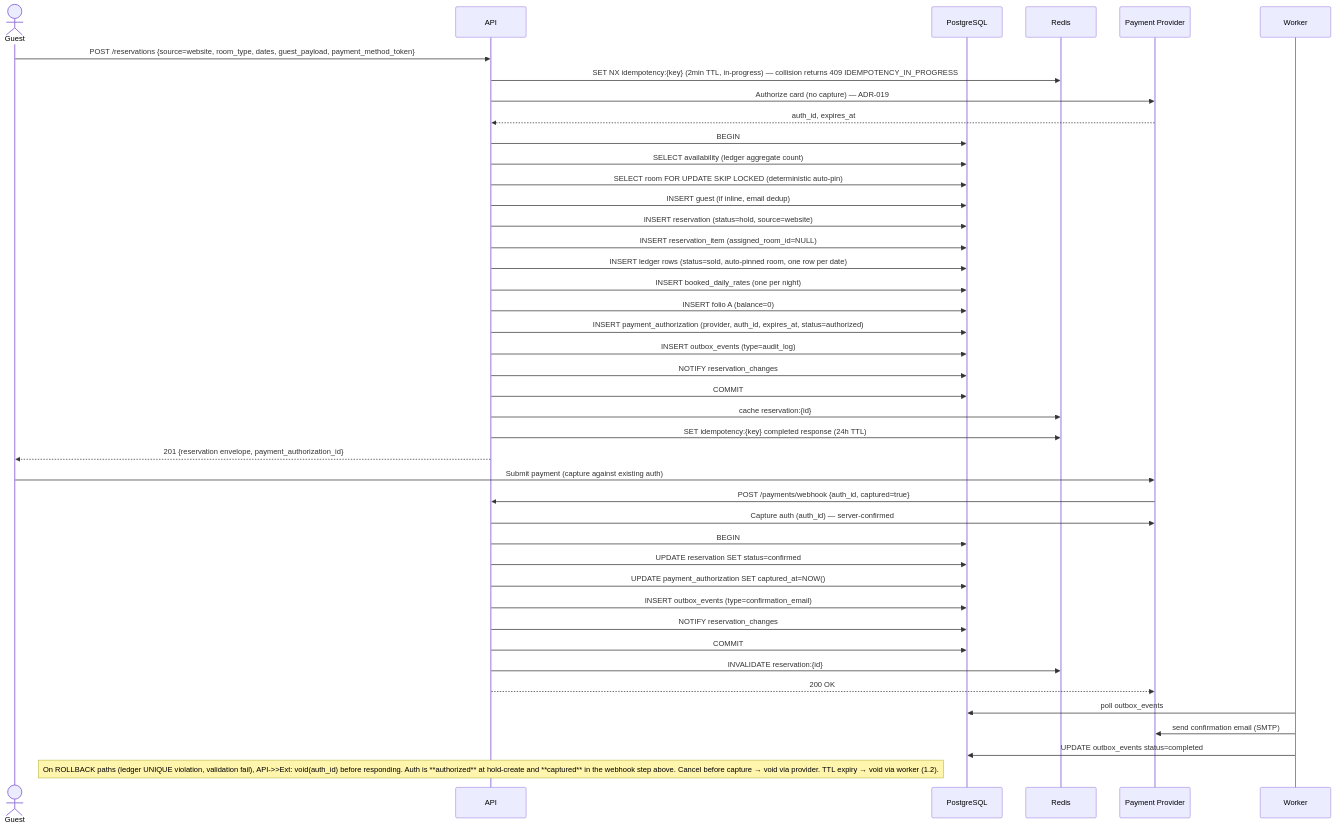
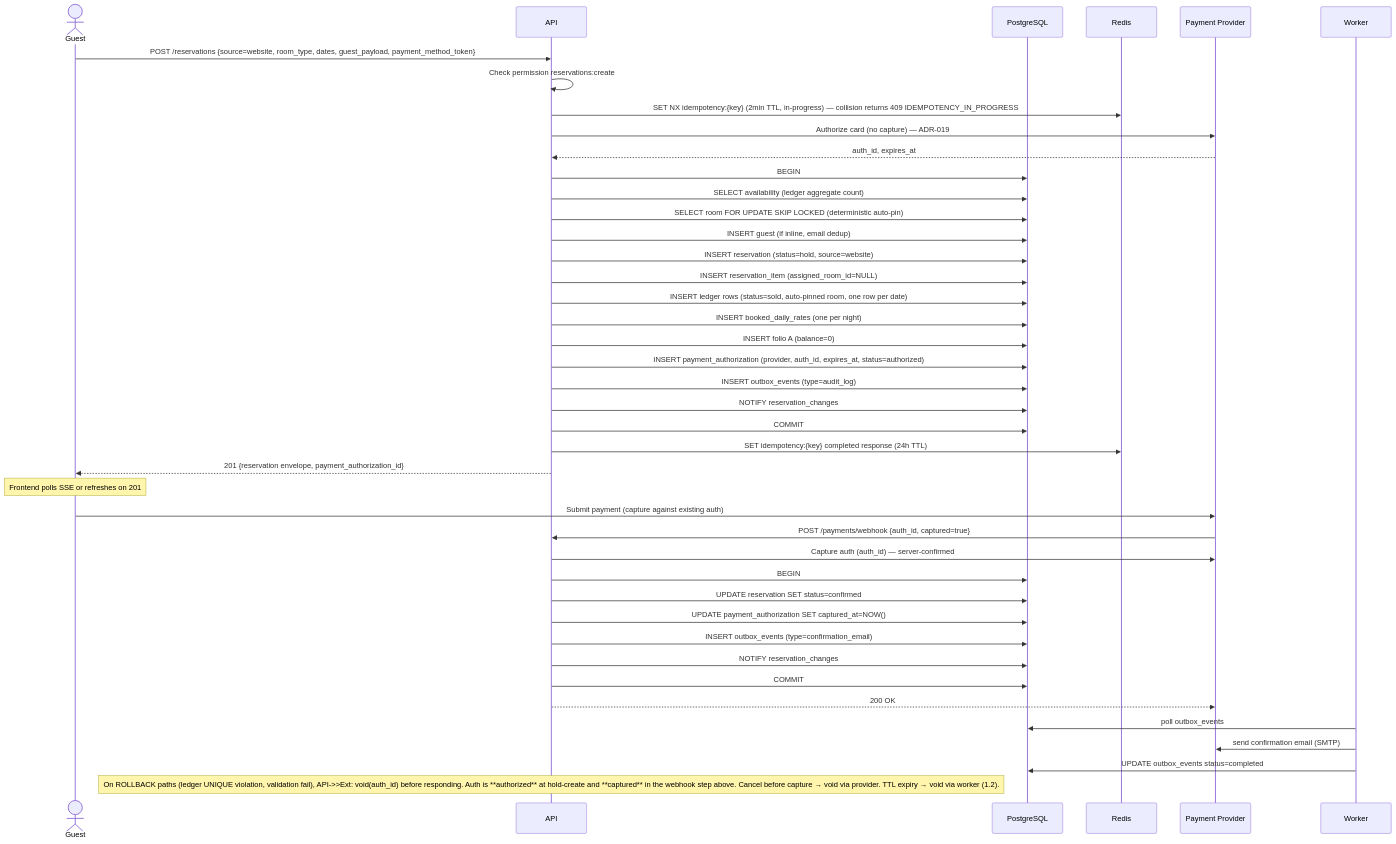
Before and after one commit to mallytj/yop-pms: the first of 33 diagrams in docs/flows/reservations.md, drawn with Mermaid. The commit also changed other lines of this file, not shown here.

Commit message:
docs(reservations): update the flows post review

````diff
--- a/docs/flows/reservations.md
+++ b/docs/flows/reservations.md
@@ -81,48 +97,49 @@
 ```mermaid
 sequenceDiagram
     actor Guest
     participant API
     participant DB as PostgreSQL
     participant Redis
     participant Ext as Payment Provider
     participant Worker
 
     Guest->>API: POST /reservations {source=website, room_type, dates, guest_payload, payment_method_token}
+    API->>API: Check permission reservations:create
     API->>Redis: SET NX idempotency:{key} (2min TTL, in-progress) — collision returns 409 IDEMPOTENCY_IN_PROGRESS
     API->>Ext: Authorize card (no capture) — ADR-019
     Ext-->>API: auth_id, expires_at
     API->>DB: BEGIN
     API->>DB: SELECT availability (ledger aggregate count)
     API->>DB: SELECT room FOR UPDATE SKIP LOCKED (deterministic auto-pin)
     API->>DB: INSERT guest (if inline, email dedup)
     API->>DB: INSERT reservation (status=hold, source=website)
     API->>DB: INSERT reservation_item (assigned_room_id=NULL)
     API->>DB: INSERT ledger rows (status=sold, auto-pinned room, one row per date)
     API->>DB: INSERT booked_daily_rates (one per night)
     API->>DB: INSERT folio A (balance=0)
     API->>DB: INSERT payment_authorization (provider, auth_id, expires_at, status=authorized)
     API->>DB: INSERT outbox_events (type=audit_log)
     API->>DB: NOTIFY reservation_changes
     API->>DB: COMMIT
-    API->>Redis: cache reservation:{id}
     API->>Redis: SET idempotency:{key} completed response (24h TTL)
     API-->>Guest: 201 {reservation envelope, payment_authorization_id}
+
+    Note over Guest: Frontend polls SSE or refreshes on 201
 
     Guest->>Ext: Submit payment (capture against existing auth)
     Ext->>API: POST /payments/webhook {auth_id, captured=true}
     API->>Ext: Capture auth (auth_id) — server-confirmed
     API->>DB: BEGIN
     API->>DB: UPDATE reservation SET status=confirmed
     API->>DB: UPDATE payment_authorization SET captured_at=NOW()
     API->>DB: INSERT outbox_events (type=confirmation_email)
     API->>DB: NOTIFY reservation_changes
     API->>DB: COMMIT
-    API->>Redis: INVALIDATE reservation:{id}
     API-->>Ext: 200 OK
 
     Worker->>DB: poll outbox_events
     Worker->>Ext: send confirmation email (SMTP)
     Worker->>DB: UPDATE outbox_events status=completed
 
     Note over API: On ROLLBACK paths (ledger UNIQUE violation, validation fail), API->>Ext: void(auth_id) before responding. Auth is **authorized** at hold-create and **captured** in the webhook step above. Cancel before capture → void via provider. TTL expiry → void via worker (1.2).
 ```
````
